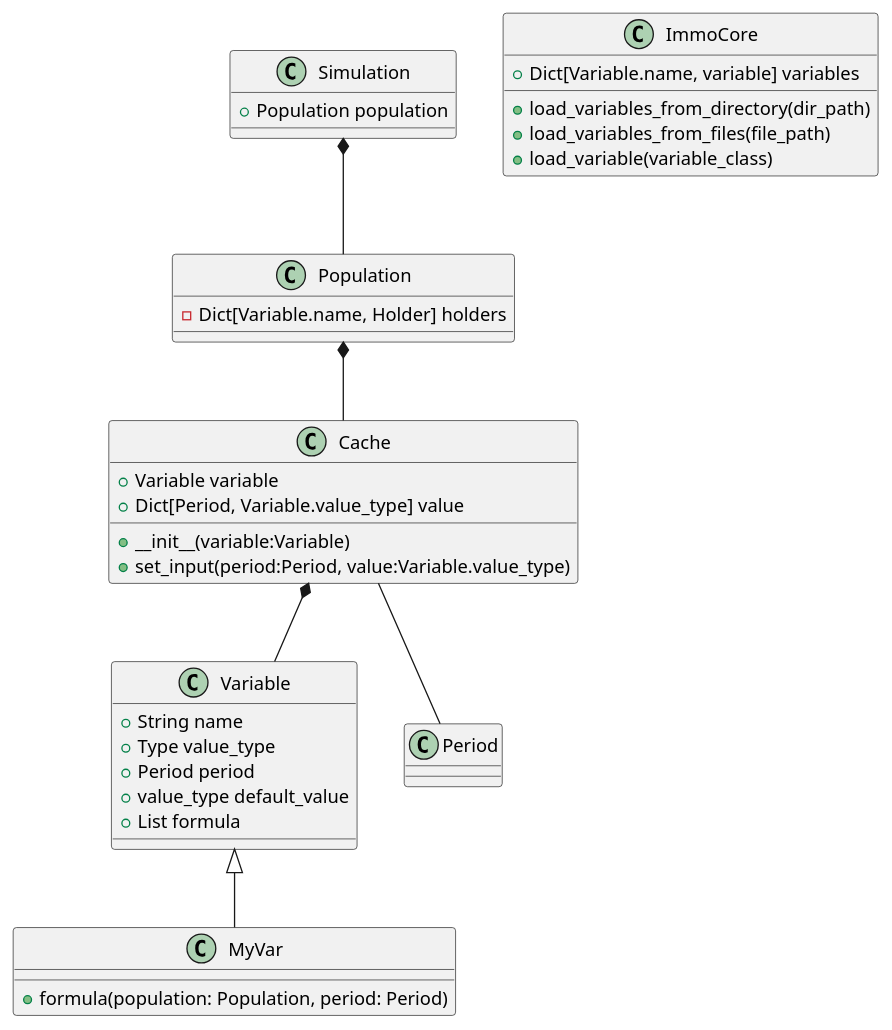
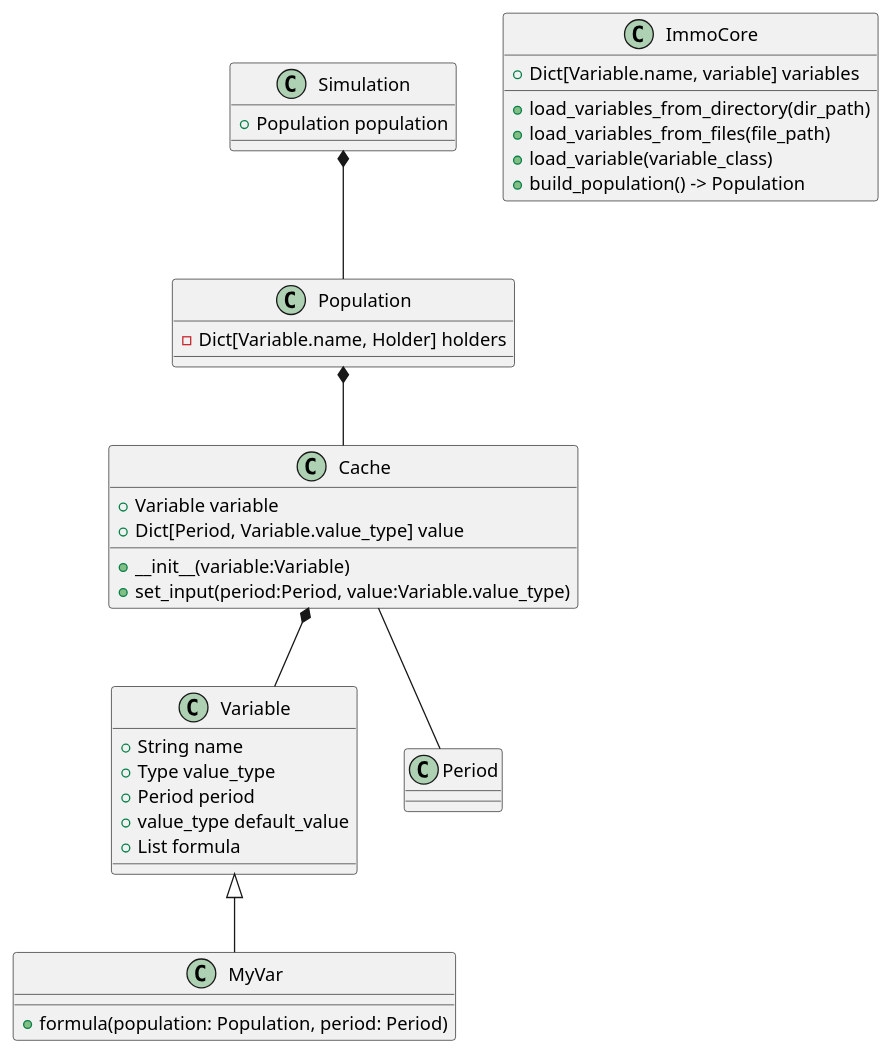
One commit to nboutin/immo_perfo changed the diagram in doc/class.plantuml. Above: the diagram before and after it, drawn with PlantUML. The commit also changed 1 other file, not shown here.

```diff
--- a/doc/class.plantuml
+++ b/doc/class.plantuml
@@ -1,47 +1,48 @@
 @startuml
 
 class Variable {
 	+String name
 	+Type value_type
 	+Period period
 	+value_type default_value
 	+List formula
 }
 
 class MyVar {
     +formula(population: Population, period: Period)
 }
 
 class Cache {
 	+__init__(variable:Variable)
 	+set_input(period:Period, value:Variable.value_type)
 	+Variable variable
 	+Dict[Period, Variable.value_type] value
 }
 
 class Period {
 
 }
 
 class Population {
 	-Dict[Variable.name, Holder] holders
 }
 
 class ImmoCore {
     +Dict[Variable.name, variable] variables
     +load_variables_from_directory(dir_path)
     +load_variables_from_files(file_path)
     +load_variable(variable_class)
+    +build_population() -> Population
 }
 
 class Simulation {
     +Population population
 }
 
 Variable <|-- MyVar
 Cache *-- Variable
 Cache -- Period
 Population *-- Cache
 Simulation *-- Population
 
 @enduml
```
